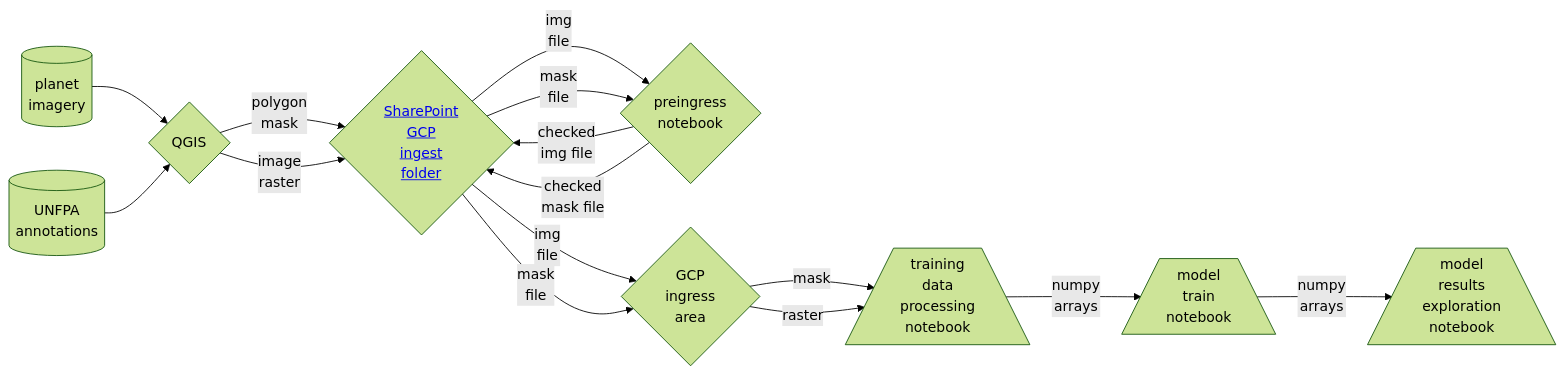
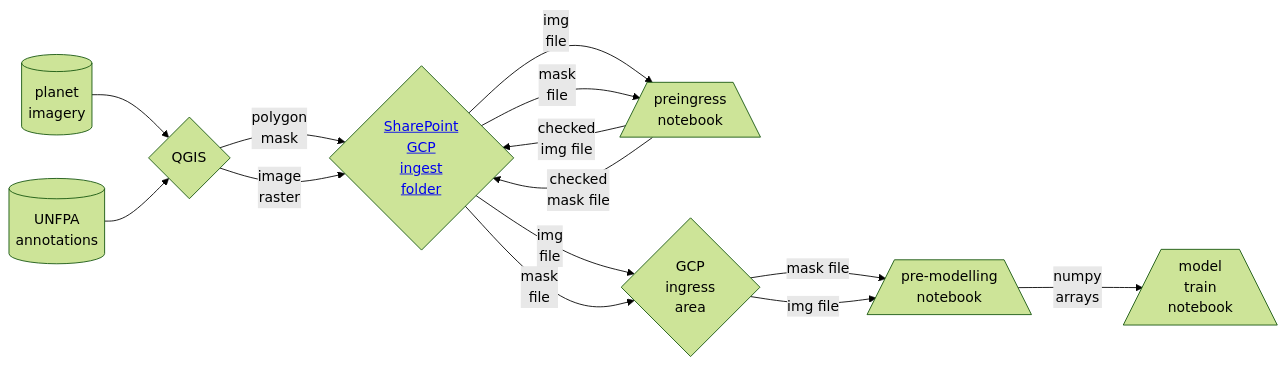
One commit to datasciencecampus/somalia_census_support_public_application changed the diagram in README.md. Above: the diagram before and after it, drawn with Mermaid (forest theme). The commit also changed other lines of this file, not shown here.

````diff
--- a/README.md
+++ b/README.md
@@ -26,17 +26,16 @@
 ```mermaid
 flowchart LR
     imagery[(planet<br>imagery)]-->qgis{QGIS}
     unfpa[(UNFPA<br>annotations)] -->qgis
     qgis-->|polygon<br>mask|sharepoint{<a href='https://officenationalstatistics.sharepoint.com/:f:/r/sites/dscdsc/Pro/2.%20Squads/International_Development/Data%20Science%20Projects/2.%20Data%20Science%20Research%20Projects/Somalia_UNFPA_census_support/Data/GCP%20ingress%20folder?csf=1&web=1&e=Pv6Icv'>SharePoint<br>GCP<br>ingest<br>folder</a>}
     qgis-->|image<br>raster|sharepoint
-    sharepoint-->|img<br>file|preingress{preingress<br>notebook}
+    sharepoint-->|img<br>file|preingress[/preingress<br>notebook\]
     sharepoint-->|mask<br>file|preingress
     preingress-->|checked<br>img file|sharepoint
     preingress-->|checked<br>mask file|sharepoint
     sharepoint-->|img<br>file|ingress{GCP<br>ingress<br>area}
     sharepoint-->|mask<br>file|ingress
-    ingress-->|mask|processing[/training<br>data<br>processing<br>notebook\]
-    ingress-->|raster|processing
+    ingress-->|mask file|processing[/pre-modelling<br>notebook\]
+    ingress-->|img file|processing
     processing-->|numpy<br>arrays|train[/model<br>train<br>notebook\]
-    train-->|numpy<br>arrays|results[/model<br>results<br>exploration<br>notebook\]
 ```
````
